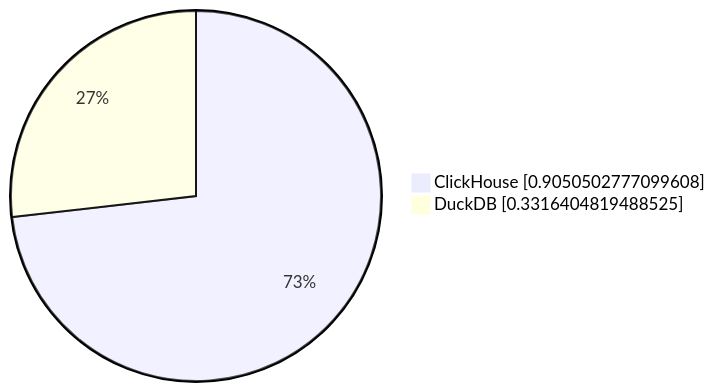
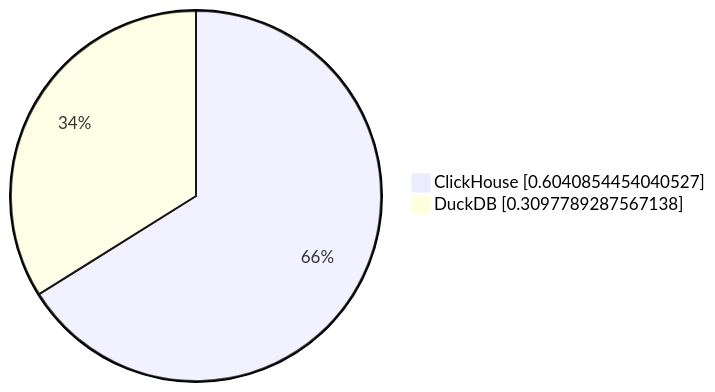
Before and after one commit to Altinity/clickhouse-regression: the third of 10 diagrams in parquet/performance/results/ontime/23.11.1.2711-alpine/README.md, drawn with Mermaid. The commit also changed other lines of this file and 8 other files, not shown here.

````diff
--- a/parquet/performance/results/ontime/23.11.1.2711-alpine/README.md
+++ b/parquet/performance/results/ontime/23.11.1.2711-alpine/README.md
@@ -30,5 +30,5 @@
 ```mermaid
      pie showData
-         "ClickHouse" : 0.9050502777099608
-         "DuckDB" : 0.3316404819488525
+         "ClickHouse" : 0.6040854454040527
+         "DuckDB" : 0.3097789287567138
 ```
````
